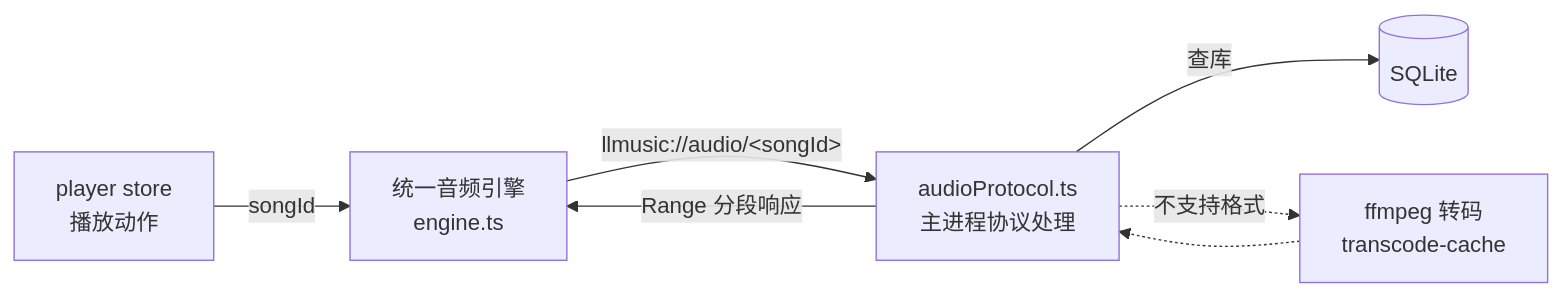
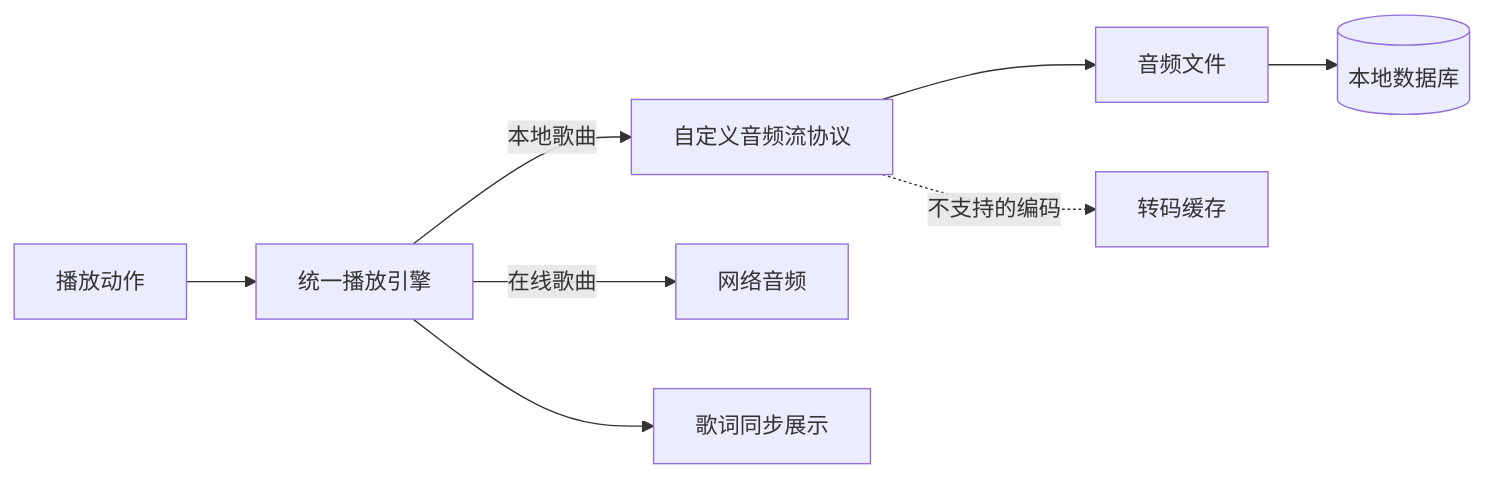
Before and after one commit to ddll8023/llmusic: the third of 4 diagrams in doc/模块说明文档.md, drawn with Mermaid. The commit also changed other lines of this file and 4 other files, not shown here.

````diff
--- a/doc/模块说明文档.md
+++ b/doc/模块说明文档.md
@@ -361,9 +431,10 @@
 ```mermaid
 flowchart LR
-    A[player store<br>播放动作] -->|songId| B[统一音频引擎<br>engine.ts]
-    B -->|"llmusic://audio/&lt;songId&gt;"| C[audioProtocol.ts<br>主进程协议处理]
-    C -->|查库| D[(SQLite)]
-    C -->|Range 分段响应| B
-    C -.->|不支持格式| E[ffmpeg 转码<br>transcode-cache]
-    E -.-> C
+    A[播放动作] --> B[统一播放引擎]
+    B -->|本地歌曲| C[自定义音频流协议]
+    C --> E[音频文件]
+    E --> D[(本地数据库)]
+    C -.->|不支持的编码| F[转码缓存]
+    B -->|在线歌曲| G[网络音频]
+    B --> H[歌词同步展示]
 ```
````
